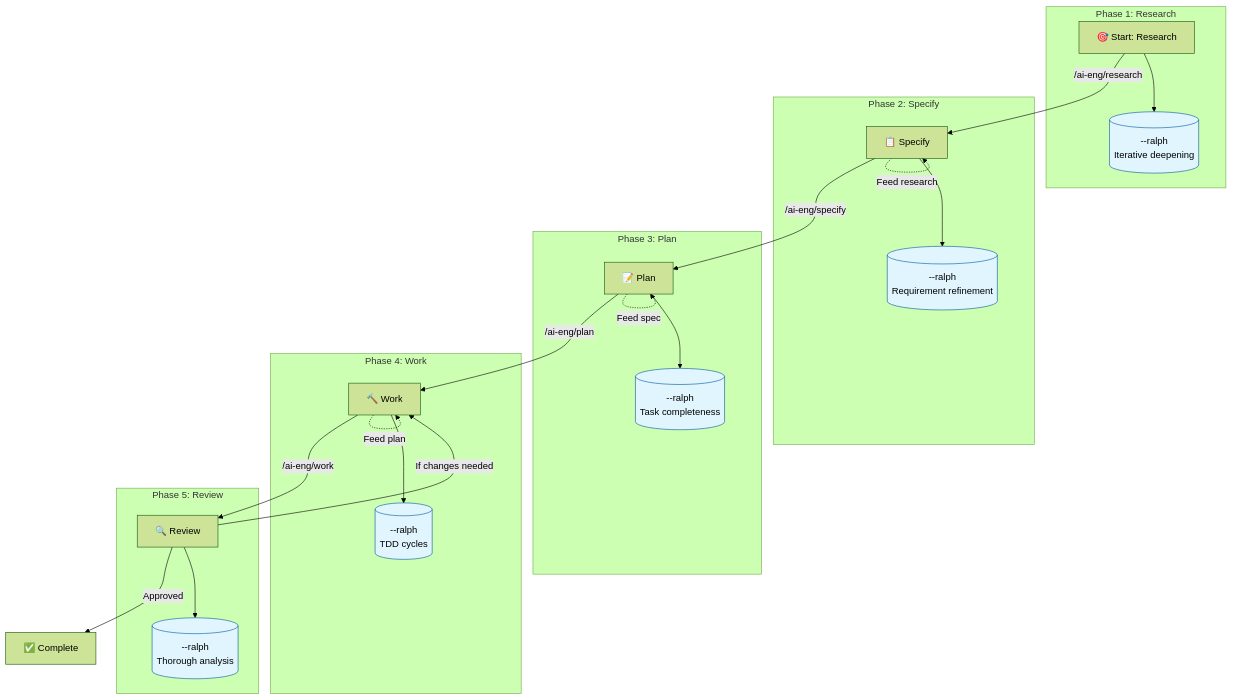
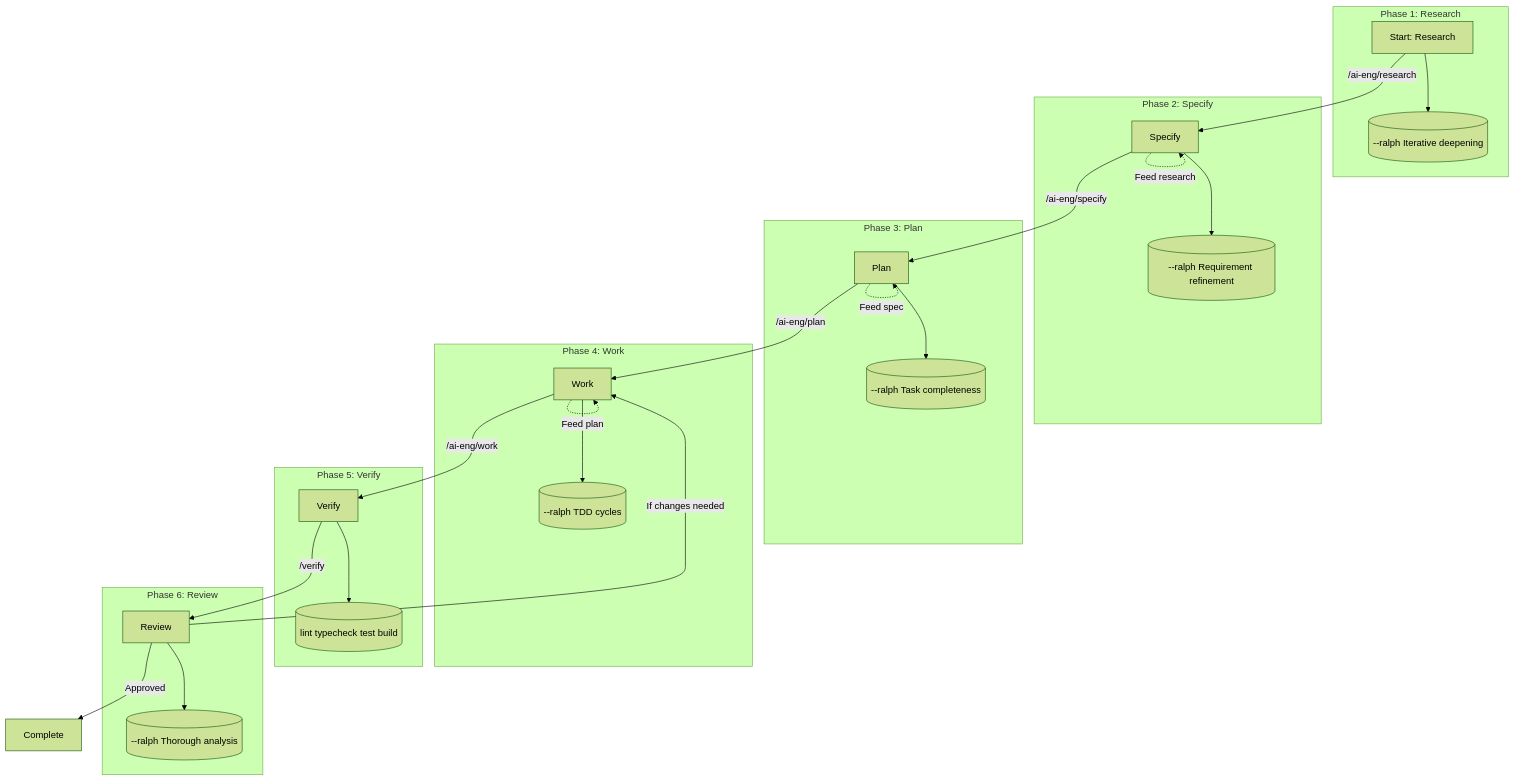
One commit to v1truv1us/ai-eng-system changed the diagram in docs/spec-driven-workflow.md. Above: the diagram before and after it, drawn with Mermaid (forest theme). The commit also changed other lines of this file and 154 other files, not shown here.

````diff
--- a/docs/spec-driven-workflow.md
+++ b/docs/spec-driven-workflow.md
@@ -7,51 +7,52 @@
 ```mermaid
 flowchart TD
-    A[🎯 Start: Research] -->|/ai-eng/research| B[📋 Specify]
-    B -->|/ai-eng/specify| C[📝 Plan]
-    C -->|/ai-eng/plan| D[🔨 Work]
-    D -->|/ai-eng/work| E[🔍 Review]
+    A[Start: Research] -->|/ai-eng/research| B[Specify]
+    B -->|/ai-eng/specify| C[Plan]
+    C -->|/ai-eng/plan| D[Work]
+    D -->|/ai-eng/work| E[Verify]
+    E -->|/verify| F[Review]
     
-    E -->|If changes needed| D
-    E -->|Approved| F[✅ Complete]
+    F -->|If changes needed| D
+    F -->|Approved| G[Complete]
     
     B -.->|Feed research| B
     C -.->|Feed spec| C
     D -.->|Feed plan| D
     
     subgraph "Phase 1: Research"
         A
-        A1[(--ralph<br/>Iterative deepening)]
+        A1[(--ralph Iterative deepening)]
     end
     
     subgraph "Phase 2: Specify"
         B
-        B1[(--ralph<br/>Requirement refinement)]
+        B1[(--ralph Requirement refinement)]
     end
     
     subgraph "Phase 3: Plan"
         C
-        C1[(--ralph<br/>Task completeness)]
+        C1[(--ralph Task completeness)]
     end
     
     subgraph "Phase 4: Work"
         D
-        D1[(--ralph<br/>TDD cycles)]
+        D1[(--ralph TDD cycles)]
     end
     
-    subgraph "Phase 5: Review"
+    subgraph "Phase 5: Verify"
         E
-        E1[(--ralph<br/>Thorough analysis)]
+        E1[(lint typecheck test build)]
+    end
+    
+    subgraph "Phase 6: Review"
+        F
+        F1[(--ralph Thorough analysis)]
     end
     
     A --> A1
     B --> B1
     C --> C1
     D --> D1
     E --> E1
-    
-    style A1 fill:#e1f5fe,stroke:#01579b
-    style B1 fill:#e1f5fe,stroke:#01579b
-    style C1 fill:#e1f5fe,stroke:#01579b
-    style D1 fill:#e1f5fe,stroke:#01579b
-    style E1 fill:#e1f5fe,stroke:#01579b
+    F --> F1
 ```
````
